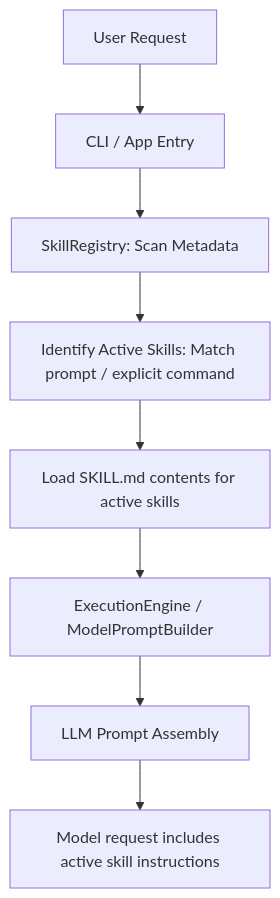
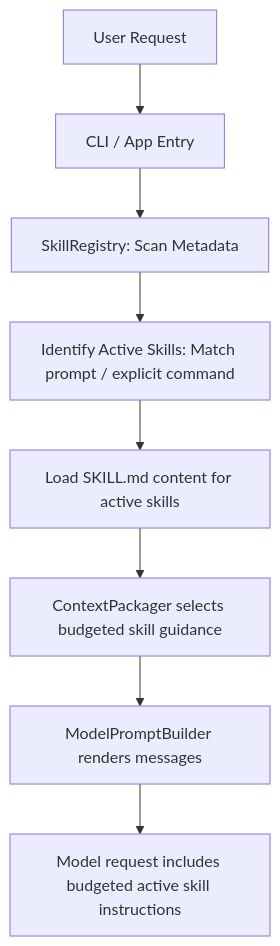
One commit to yuanchangsai77/testcode changed the diagram in docs/skill-system.md. Above: the diagram before and after it, drawn with Mermaid. The commit also changed other lines of this file and 6 other files, not shown here.

````diff
--- a/docs/skill-system.md
+++ b/docs/skill-system.md
@@ -55,10 +72,10 @@
 ```mermaid
 graph TD
     A[User Request] --> B[CLI / App Entry]
     B --> C[SkillRegistry: Scan Metadata]
     C --> D[Identify Active Skills: Match prompt / explicit command]
-    D --> E[Load SKILL.md contents for active skills]
-    E --> F[ExecutionEngine / ModelPromptBuilder]
-    F --> G[LLM Prompt Assembly]
-    G --> H[Model request includes active skill instructions]
+    D --> E[Load SKILL.md content for active skills]
+    E --> F[ContextPackager selects budgeted skill guidance]
+    F --> G[ModelPromptBuilder renders messages]
+    G --> H[Model request includes budgeted active skill instructions]
 ```
````
